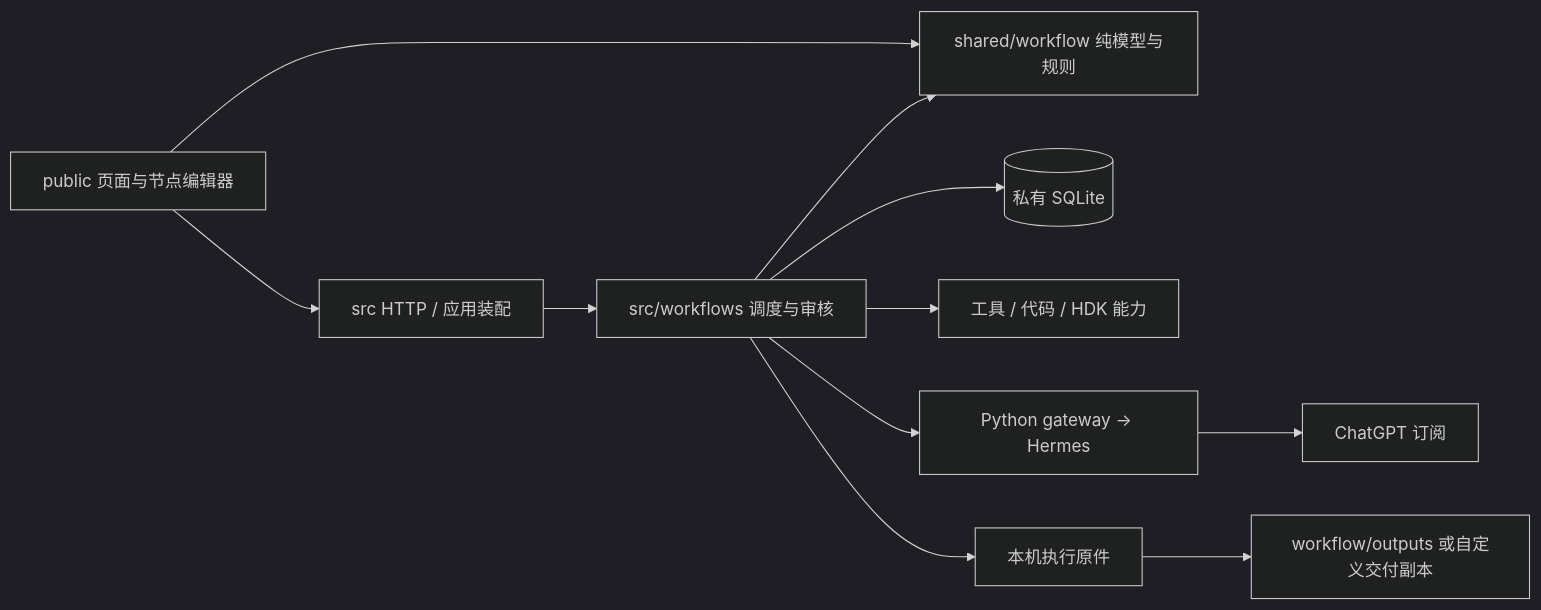
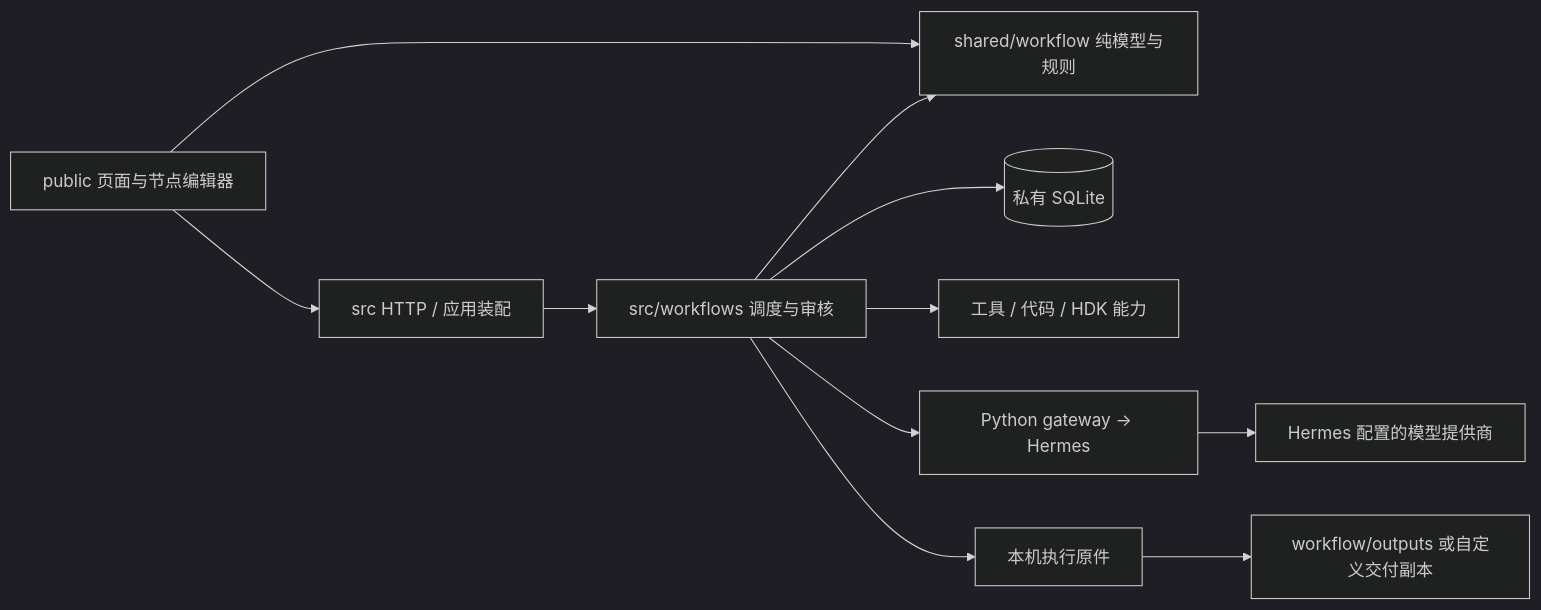
The diagram in workbench/docs/architecture.md (geekheart/NodeOrchard), drawn with Mermaid (dark theme) before and after one commit. The commit also changed other lines of this file and 9 other files, not shown here.

Commit message:
Document Hermes installation prerequisites and model management

````diff
--- a/workbench/docs/architecture.md
+++ b/workbench/docs/architecture.md
@@ -5,13 +5,13 @@
 ```mermaid
 flowchart LR
   UI["public 页面与节点编辑器"] --> APP["src HTTP / 应用装配"]
   UI --> DOMAIN["shared/workflow 纯模型与规则"]
   APP --> ENGINE["src/workflows 调度与审核"]
   ENGINE --> DOMAIN
   ENGINE --> DB[("私有 SQLite")]
   ENGINE --> TOOLS["工具 / 代码 / HDK 能力"]
   ENGINE --> HERMES["Python gateway → Hermes"]
-  HERMES --> MODEL["ChatGPT 订阅"]
+  HERMES --> MODEL["Hermes 配置的模型提供商"]
   ENGINE --> ORIGINALS["本机执行原件"]
   ORIGINALS --> DELIVERY["workflow/outputs 或自定义交付副本"]
 ```
````
